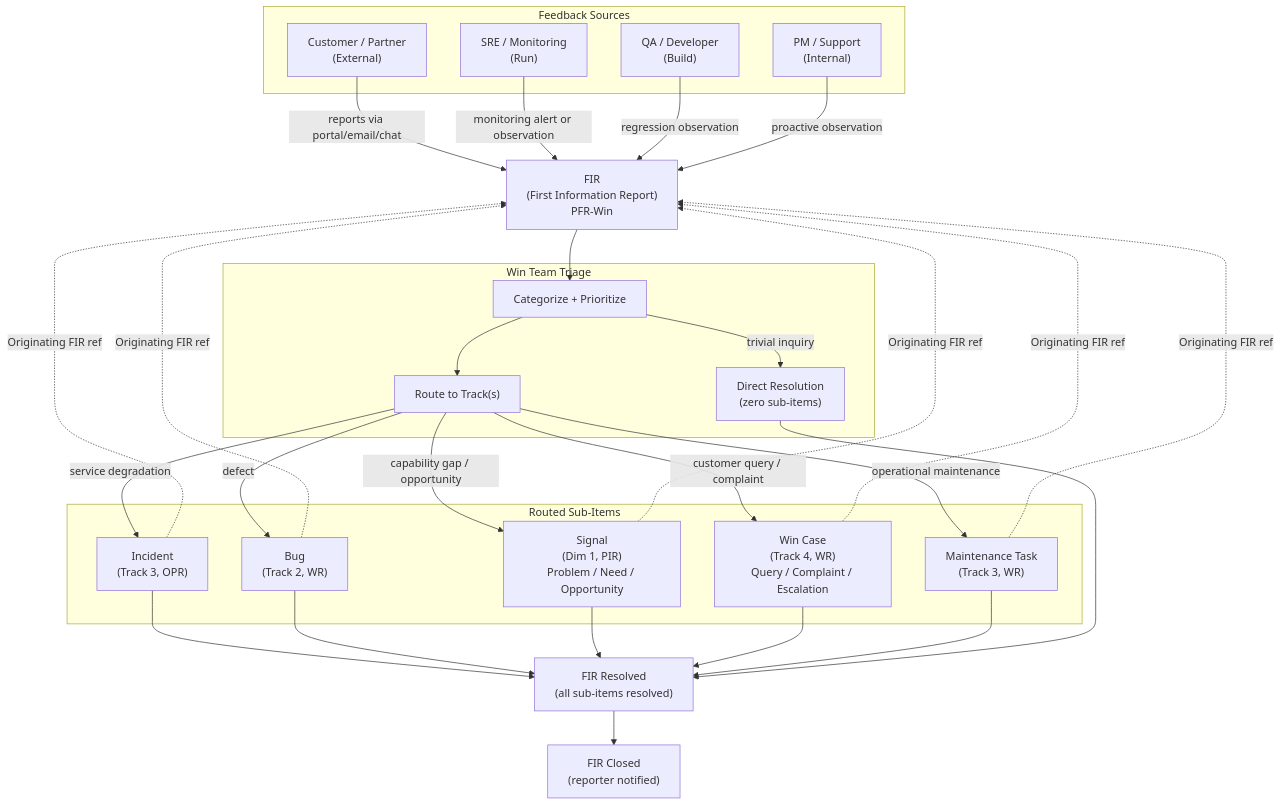
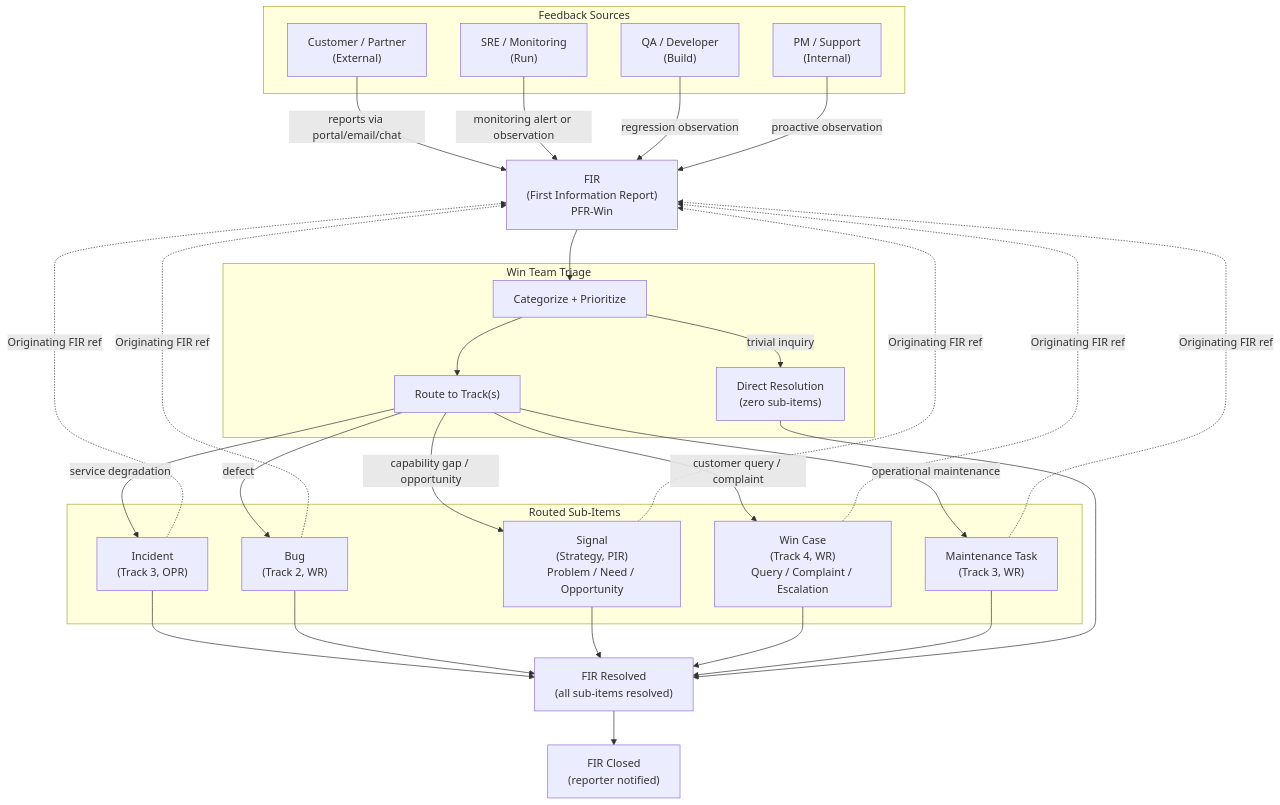
The sixth of 7 diagrams in foundry/product-information-model/draft-diagrams.md (gramki/temp-website), drawn with Mermaid before and after one commit. The commit also changed other lines of this file and 6 other files, not shown here.

````diff
--- a/foundry/product-information-model/draft-diagrams.md
+++ b/foundry/product-information-model/draft-diagrams.md
@@ -235,57 +235,57 @@
 ```mermaid
 flowchart TB
     subgraph Sources ["Feedback Sources"]
         CUST["Customer / Partner<br/>(External)"]
         SRE["SRE / Monitoring<br/>(Run)"]
         QA["QA / Developer<br/>(Build)"]
         PM["PM / Support<br/>(Internal)"]
     end
 
     FIR["FIR<br/>(First Information Report)<br/>PFR-Win"]
 
     CUST -->|"reports via portal/email/chat"| FIR
     SRE -->|"monitoring alert or observation"| FIR
     QA -->|"regression observation"| FIR
     PM -->|"proactive observation"| FIR
 
     subgraph Triage ["Win Team Triage"]
         ASSESS["Categorize + Prioritize"]
         ROUTE["Route to Track(s)"]
         DIRECT["Direct Resolution<br/>(zero sub-items)"]
     end
 
     FIR --> ASSESS
     ASSESS --> ROUTE
     ASSESS -->|"trivial inquiry"| DIRECT
 
     subgraph Routed ["Routed Sub-Items"]
         INC["Incident<br/>(Track 3, OPR)"]
         BUG_R["Bug<br/>(Track 2, WR)"]
-        SIG["Signal<br/>(Dim 1, PIR)<br/>Problem / Need / Opportunity"]
+        SIG["Signal<br/>(Strategy, PIR)<br/>Problem / Need / Opportunity"]
         WC["Win Case<br/>(Track 4, WR)<br/>Query / Complaint / Escalation"]
         MT["Maintenance Task<br/>(Track 3, WR)"]
     end
 
     ROUTE -->|"service degradation"| INC
     ROUTE -->|"defect"| BUG_R
     ROUTE -->|"capability gap / opportunity"| SIG
     ROUTE -->|"customer query / complaint"| WC
     ROUTE -->|"operational maintenance"| MT
 
     INC -.->|"Originating FIR ref"| FIR
     BUG_R -.->|"Originating FIR ref"| FIR
     SIG -.->|"Originating FIR ref"| FIR
     WC -.->|"Originating FIR ref"| FIR
     MT -.->|"Originating FIR ref"| FIR
 
     RESOLVE["FIR Resolved<br/>(all sub-items resolved)"]
     INC --> RESOLVE
     BUG_R --> RESOLVE
     SIG --> RESOLVE
     WC --> RESOLVE
     MT --> RESOLVE
     DIRECT --> RESOLVE
 
     CLOSE["FIR Closed<br/>(reporter notified)"]
     RESOLVE --> CLOSE
 ```
````
